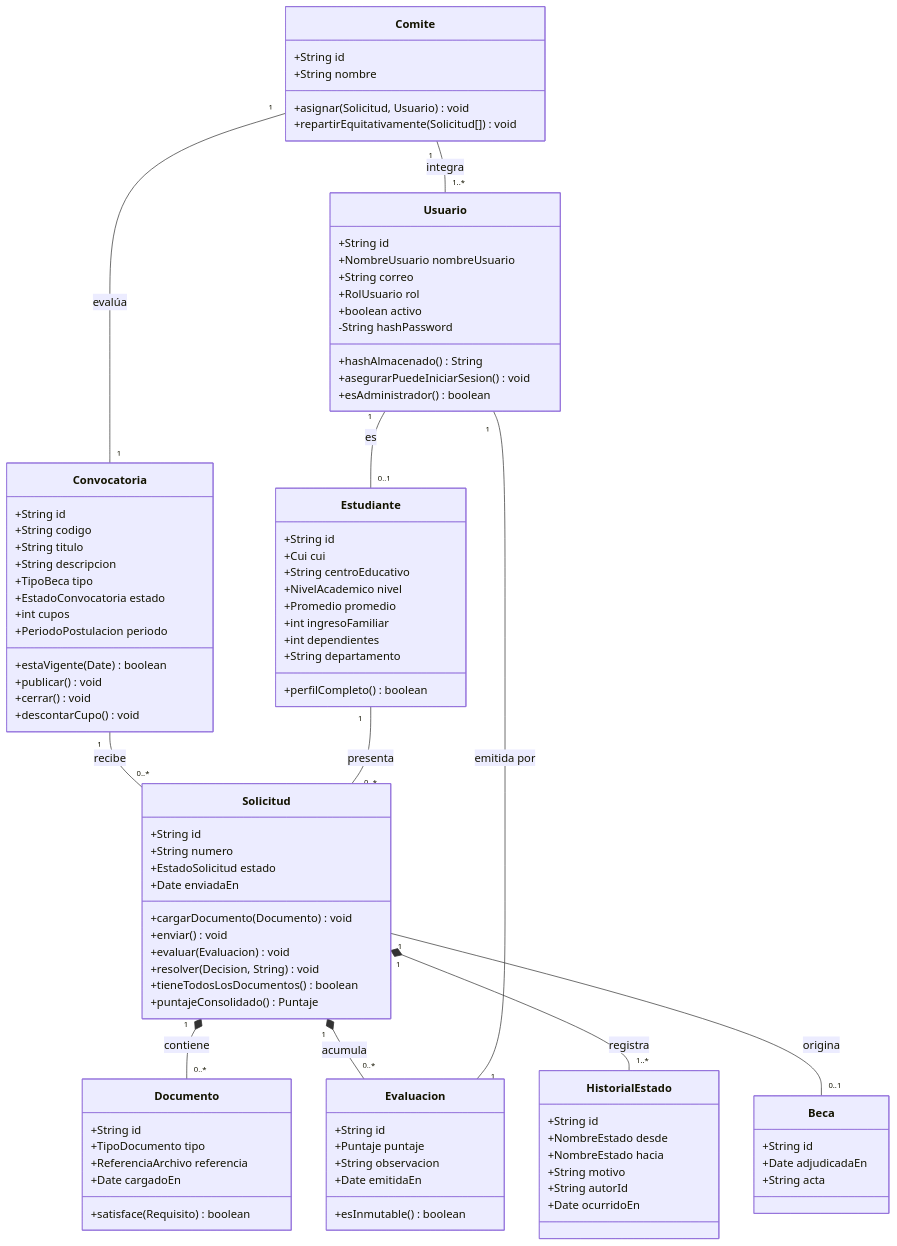
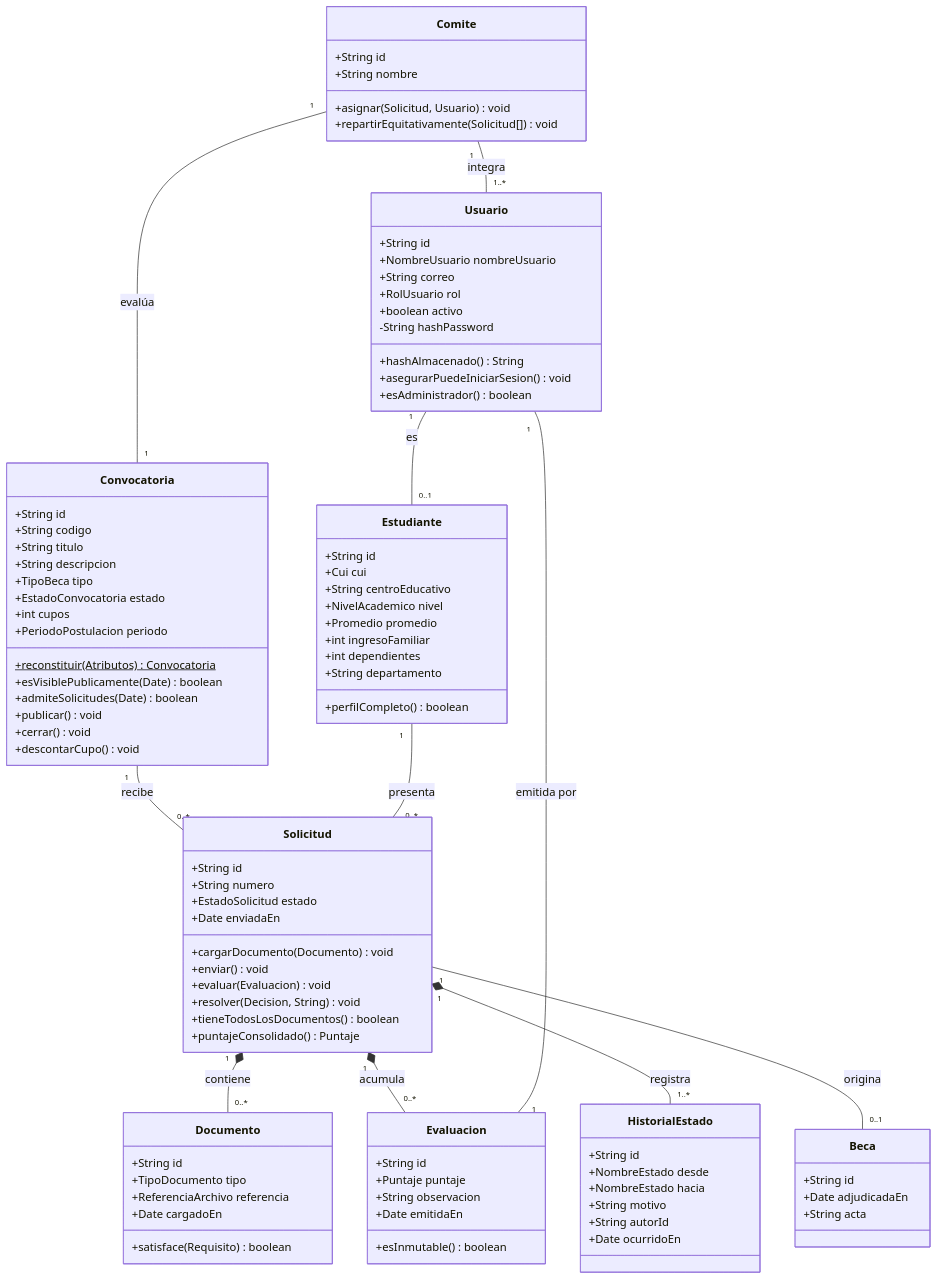
The first of 4 diagrams in docs/diagramas/03-clases-dominio.md (Isacasvas123/proyecto-becas), drawn with Mermaid before and after one commit. The commit also changed other lines of this file and 4 other files, not shown here.

```diff
--- a/docs/diagramas/03-clases-dominio.md
+++ b/docs/diagramas/03-clases-dominio.md
@@ -55,7 +55,9 @@
         +EstadoConvocatoria estado
         +int cupos
         +PeriodoPostulacion periodo
-        +estaVigente(Date) boolean
+        +reconstituir(Atributos)$ Convocatoria
+        +esVisiblePublicamente(Date) boolean
+        +admiteSolicitudes(Date) boolean
         +publicar() void
         +cerrar() void
         +descontarCupo() void
```
